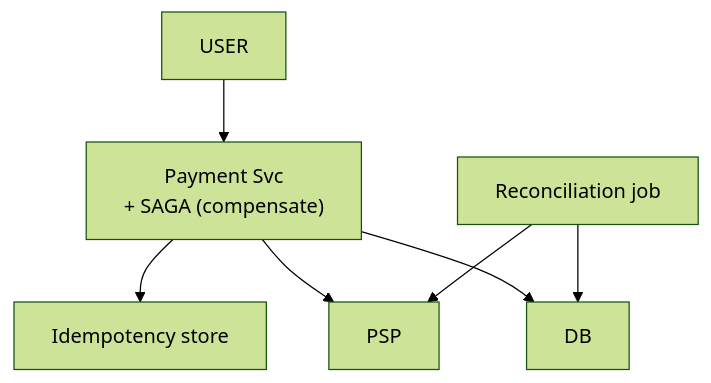
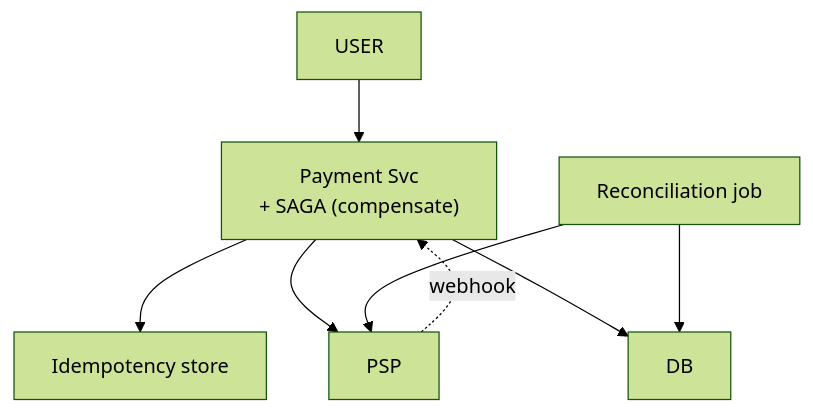
The sixth of 11 diagrams in 04_HLD/SYSTEM_DESIGNS/06_payment_system/06_payment_system.md (ArpanMaheshwari144/Prep), drawn with Mermaid (forest theme) before and after one commit. The commit also changed other lines of this file and 12 other files, not shown here.

````diff
--- a/04_HLD/SYSTEM_DESIGNS/06_payment_system/06_payment_system.md
+++ b/04_HLD/SYSTEM_DESIGNS/06_payment_system/06_payment_system.md
@@ -260,15 +261,16 @@
 ```mermaid
 flowchart TD
     n_USER["USER"]
     n_Payment_Svc["Payment Svc<br/>+ SAGA (compensate)"]
     n_Idempotency_store["Idempotency store"]
     n_PSP["PSP"]
     n_DB["DB"]
     n_Reconciliation_job["Reconciliation job"]
     n_USER --> n_Payment_Svc
     n_Payment_Svc --> n_Idempotency_store
     n_Payment_Svc --> n_PSP
     n_Payment_Svc --> n_DB
     n_Reconciliation_job --> n_DB
     n_Reconciliation_job --> n_PSP
+    n_PSP -.->|webhook| n_Payment_Svc
 ```
````
